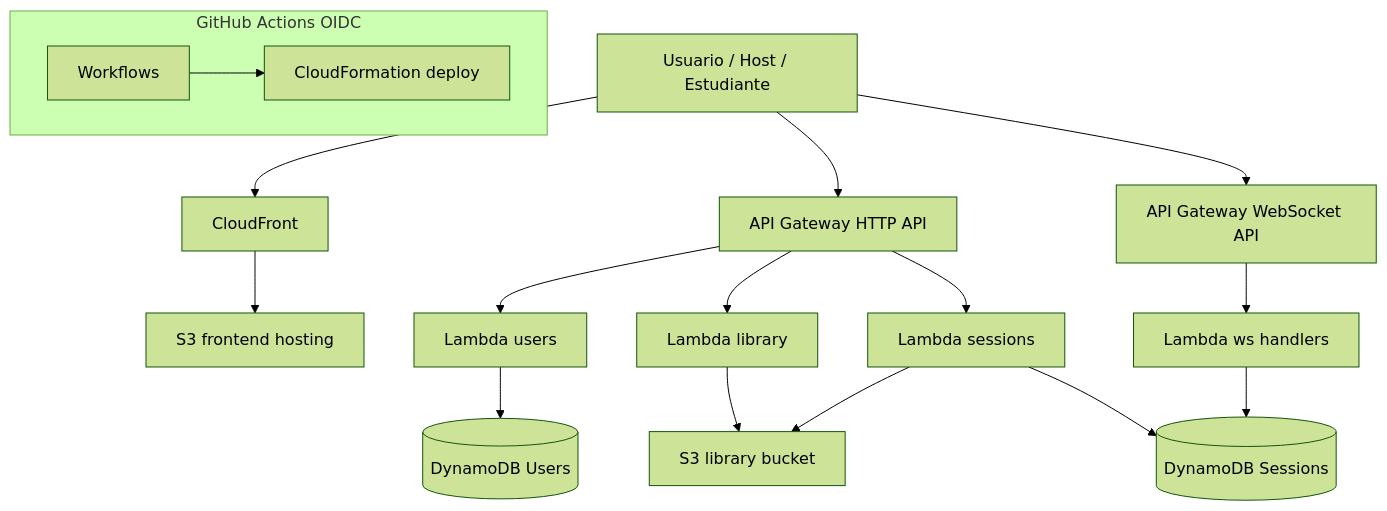
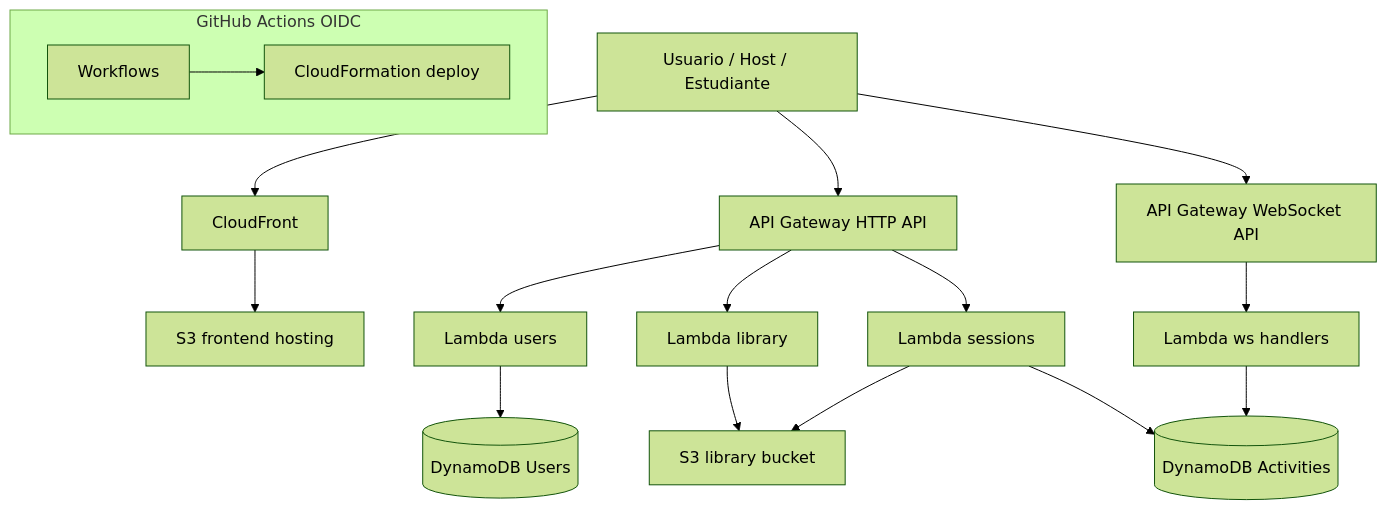
Before and after one commit to JosthinAyonC/chapterquest-serverless-app: the first of 6 diagrams in docs/Architecture.md, drawn with Mermaid (forest theme). The commit also changed other lines of this file and 9 other files, not shown here.

Commit message:
docs: update README, architecture, and product specifications to clarify role play activities and guest profile functionality without login

````diff
--- a/docs/Architecture.md
+++ b/docs/Architecture.md
@@ -11,20 +11,20 @@
 ```mermaid
 flowchart TD
   user[Usuario / Host / Estudiante]
   user --> cf[CloudFront]
   cf --> s3web[S3 frontend hosting]
   user --> apigw[API Gateway HTTP API]
   user --> wss[API Gateway WebSocket API]
   apigw --> lusers[Lambda users]
   apigw --> llibrary[Lambda library]
   apigw --> lsessions[Lambda sessions]
   wss --> lws[Lambda ws handlers]
   lusers --> ddbUsers[(DynamoDB Users)]
-  lsessions --> ddbSessions[(DynamoDB Sessions)]
+  lsessions --> ddbSessions[(DynamoDB Activities)]
   llibrary --> s3library[S3 library bucket]
   lsessions --> s3library
   lws --> ddbSessions
   subgraph cicd [GitHub Actions OIDC]
     gha[Workflows] --> cfn[CloudFormation deploy]
   end
 ```
````
